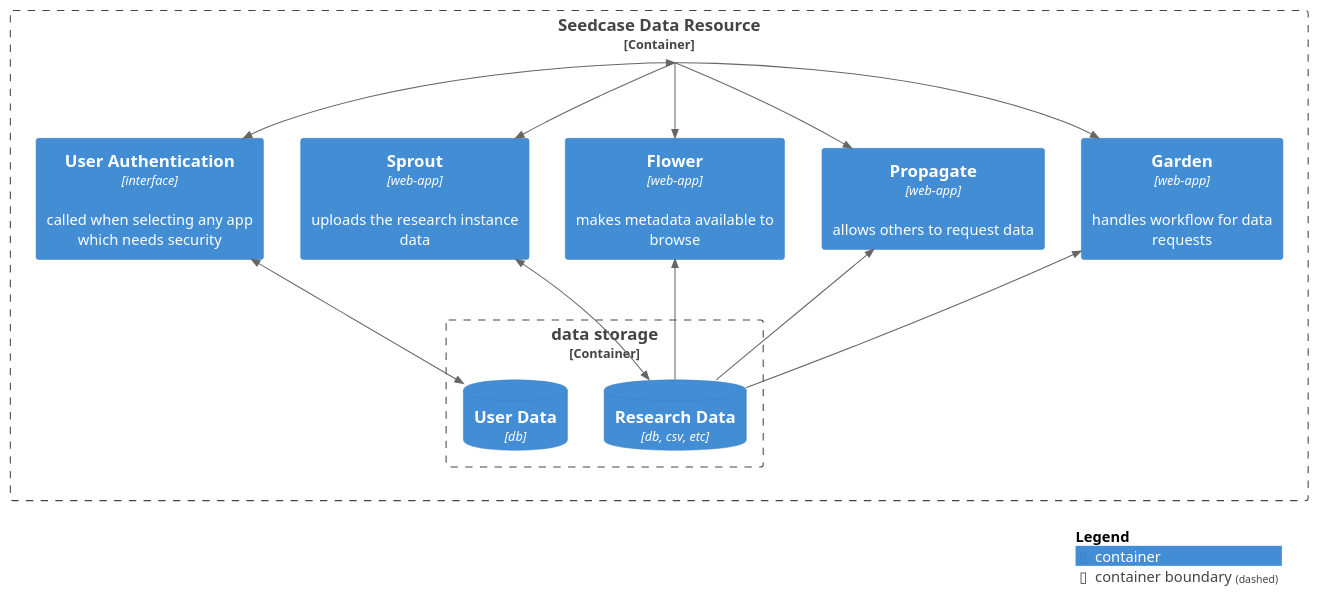
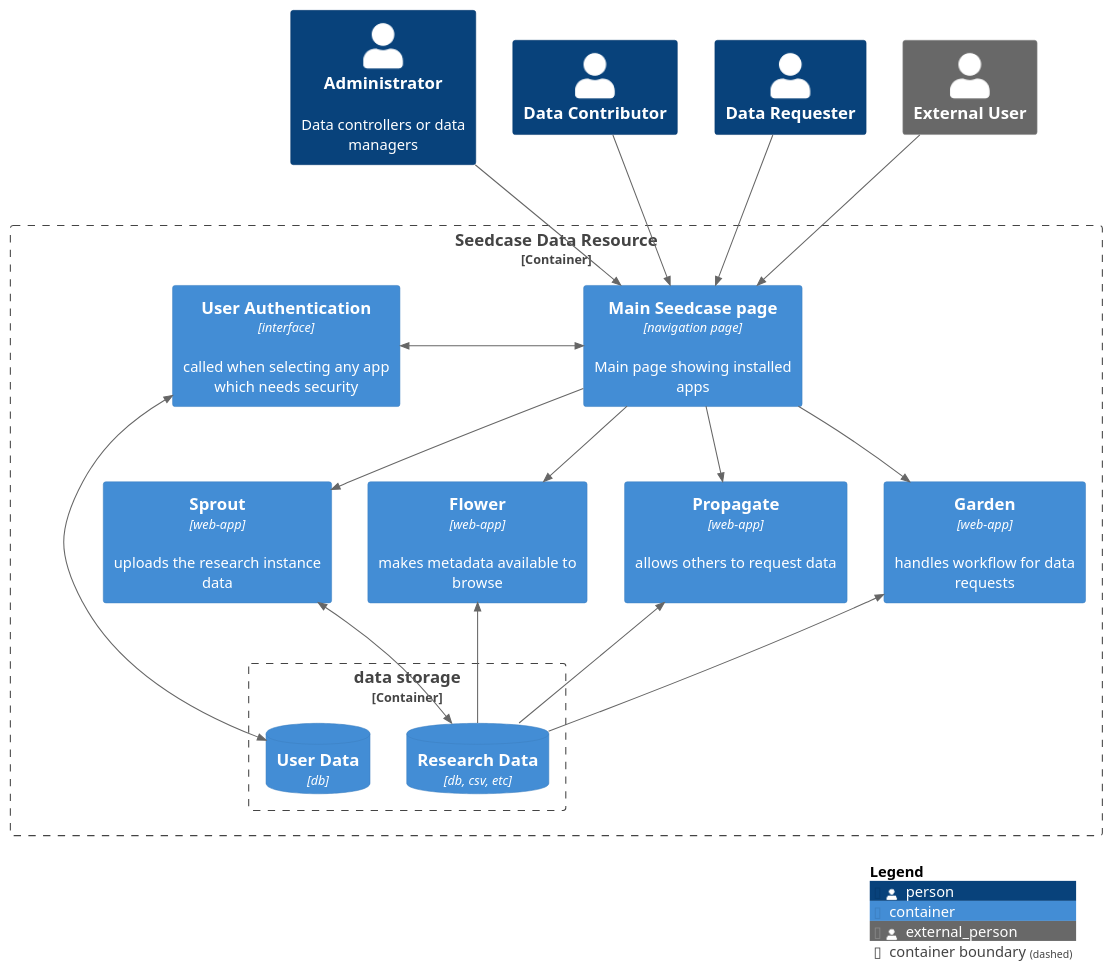
One commit to seedcase-project/design changed the diagram in images/c4-container.puml. Above: the diagram before and after it, drawn with PlantUML.

Commit message:
docs: update to relationships

```diff
--- a/images/c4-container.puml
+++ b/images/c4-container.puml
@@ -1,34 +1,47 @@
 @startuml c4-container
 !include https://raw.githubusercontent.com/plantuml-stdlib/C4-PlantUML/master/C4_Container.puml
 
+Person(adm, "Administrator", "Data controllers or data managers")
+Person(inp, "Data Contributor")
+Person(req, "Data Requester")
+
+Person_Ext(ext, "External User")
+
 Container_Boundary(seed, "Seedcase Data Resource", "web-interface") {
+	Container(land, "Main Seedcase page", "navigation page", "Main page showing installed apps")
 	Container(sec, "User Authentication", "interface", "called when selecting any app which needs security")
 	Container(sprout, "Sprout", "web-app", "uploads the research instance data")
 	Container(flower, "Flower", "web-app", "makes metadata available to browse")
-	Container(prop, "Propagate", "web-app", "allows others to request data")
+	Container(prop, "Propagate", "web-app", "allows others to request data\n")
 	Container(garden, "Garden", "web-app", "handles workflow for data requests")
 	Container_Boundary(backend, "data storage"){
   	ContainerDb(data, "Research Data", "db, csv, etc")
   	ContainerDb(user, "User Data", "db")
 	}
 }
 
+Lay_U(garden, land)
+Lay_U(prop, land)
 Lay_Left(data, user)
 Lay_Right(sprout, flower)
 Lay_Right(flower, prop)
 Lay_Right(prop, garden)
 
-BiRel_Left(seed, sec, "")
-Rel(seed, sprout, "")
-Rel(seed, garden, "")
-Rel(seed, prop, "")
-Rel(seed, flower, "")
+Rel(inp, land, "")
+Rel(req, land, "")
+Rel(adm, land, "")
+Rel(ext, land, "")
+BiRel_Left(land, sec, "")
+Rel(land, sprout, "")
+Rel(land, garden, "")
+Rel(land, prop, "")
+Rel(land, flower, "")
 Rel_U(data, flower, "")
 Rel_U(data, garden, "")
 Rel_U(data, prop, "")
 BiRel(sprout, data, "")
 BiRel(sec, user, "")
 
 SHOW_LEGEND()
 
 @enduml
```
